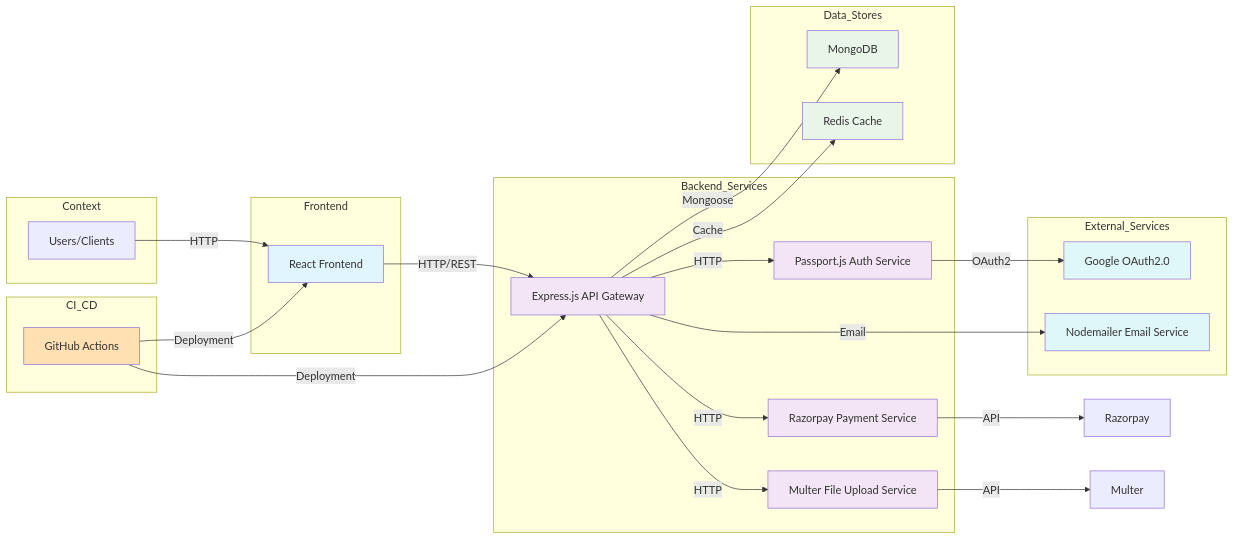
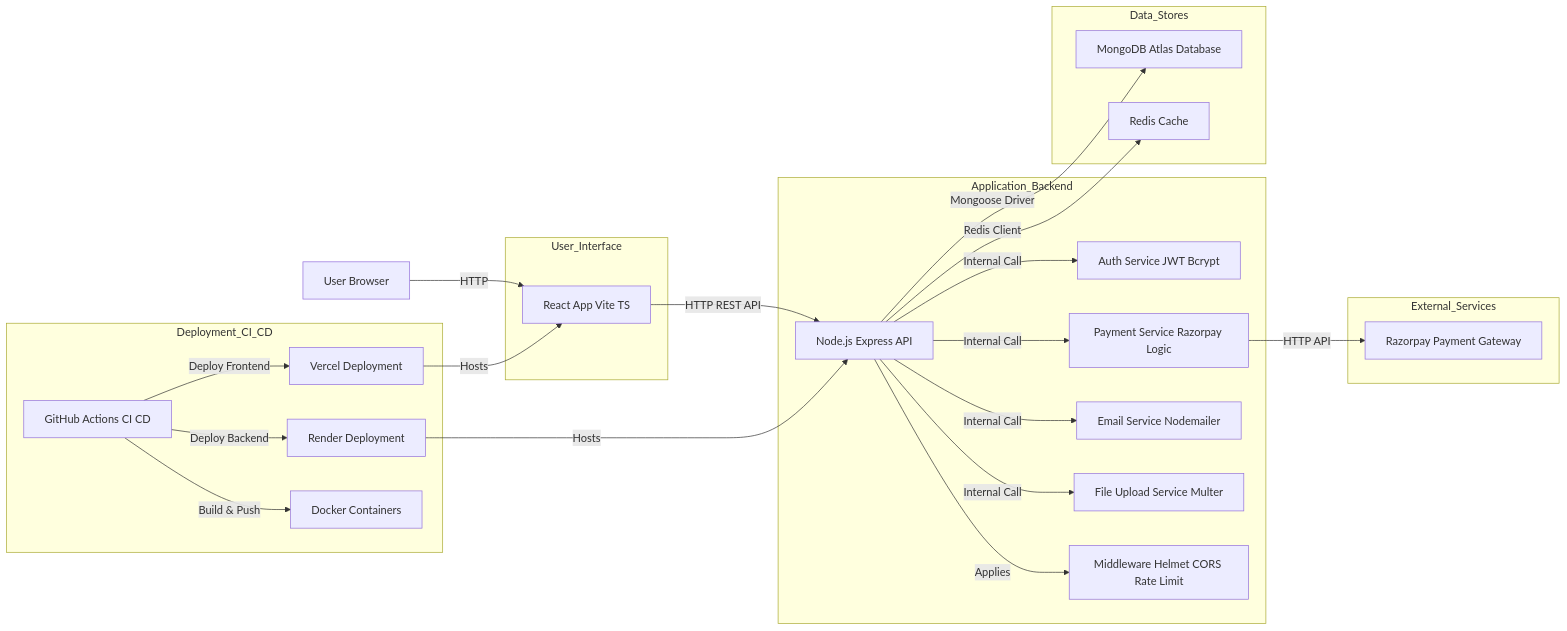
The diagram in ARCHITECTURE.md (Aniruddha434/Project_buzzV1), drawn with Mermaid before and after one commit.

Commit message:
Add/Update ARCHITECTURE.md via AutoGitPilot Architecture Diagram Generator

````diff
--- a/ARCHITECTURE.md
+++ b/ARCHITECTURE.md
@@ -5,57 +5,52 @@
 ```mermaid
 graph LR
-    subgraph Context
-        User["Users/Clients"]
+    subgraph User_Interface
+        FRONTEND_APP["React App Vite TS"]
     end
 
-    subgraph Frontend
-        ReactApp["React Frontend"]
-        style ReactApp fill:#e1f5fe
-    end
-
-    subgraph Backend_Services
-        API_Gateway["Express.js API Gateway"]
-        AuthService["Passport.js Auth Service"]
-        PaymentService["Razorpay Payment Service"]
-        FileService["Multer File Upload Service"]
-        style API_Gateway fill:#f3e5f5
-        style AuthService fill:#f3e5f5
-        style PaymentService fill:#f3e5f5
-        style FileService fill:#f3e5f5
-
+    subgraph Application_Backend
+        API_SERVER["Node.js Express API"]
+        AUTH_SERVICE["Auth Service JWT Bcrypt"]
+        PAYMENT_SERVICE["Payment Service Razorpay Logic"]
+        EMAIL_SERVICE["Email Service Nodemailer"]
+        FILE_UPLOAD_SERVICE["File Upload Service Multer"]
+        MIDDLEWARE["Middleware Helmet CORS Rate Limit"]
     end
 
     subgraph Data_Stores
-        MongoDB["MongoDB"]
-        Redis["Redis Cache"]
-        style MongoDB fill:#e8f5e8
-        style Redis fill:#e8f5e8
+        MONGODB_DB["MongoDB Atlas Database"]
+        REDIS_CACHE["Redis Cache"]
     end
 
     subgraph External_Services
-        GoogleOAuth["Google OAuth2.0"]
-        NodemailerService["Nodemailer Email Service"]
-        style GoogleOAuth fill:#e0f7fa
-        style NodemailerService fill:#e0f7fa
+        RAZORPAY_GATEWAY["Razorpay Payment Gateway"]
     end
 
-    subgraph CI_CD
-        GitHubActions["GitHub Actions"]
-        style GitHubActions fill:#ffe0b2
+    subgraph Deployment_CI_CD
+        GITHUB_ACTIONS["GitHub Actions CI CD"]
+        VERCEL_PLATFORM["Vercel Deployment"]
+        RENDER_PLATFORM["Render Deployment"]
+        DOCKER_CONTAINERS["Docker Containers"]
     end
 
+    USER_BROWSER["User Browser"] -->|HTTP| FRONTEND_APP
+    FRONTEND_APP -->|HTTP REST API| API_SERVER
 
-    User -->|HTTP| ReactApp
-    ReactApp -->|HTTP/REST| API_Gateway
-    API_Gateway -->|HTTP| AuthService
-    API_Gateway -->|HTTP| PaymentService
-    API_Gateway -->|HTTP| FileService
-    API_Gateway -->|Mongoose| MongoDB
-    API_Gateway -->|Cache| Redis
-    AuthService -->|OAuth2| GoogleOAuth
-    PaymentService -->|API| Razorpay
-    FileService -->|API| Multer
-    API_Gateway -->|Email| NodemailerService
-    GitHubActions -->|Deployment| API_Gateway
-    GitHubActions -->|Deployment| ReactApp
+    API_SERVER -->|Internal Call| AUTH_SERVICE
+    API_SERVER -->|Internal Call| PAYMENT_SERVICE
+    API_SERVER -->|Internal Call| EMAIL_SERVICE
+    API_SERVER -->|Internal Call| FILE_UPLOAD_SERVICE
+    API_SERVER -->|Applies| MIDDLEWARE
+
+    API_SERVER -->|Mongoose Driver| MONGODB_DB
+    API_SERVER -->|Redis Client| REDIS_CACHE
+
+    PAYMENT_SERVICE -->|HTTP API| RAZORPAY_GATEWAY
+
+    GITHUB_ACTIONS -->|Deploy Frontend| VERCEL_PLATFORM
+    GITHUB_ACTIONS -->|Deploy Backend| RENDER_PLATFORM
+    GITHUB_ACTIONS -->|Build & Push| DOCKER_CONTAINERS
+
+    VERCEL_PLATFORM -->|Hosts| FRONTEND_APP
+    RENDER_PLATFORM -->|Hosts| API_SERVER
 ```
````
